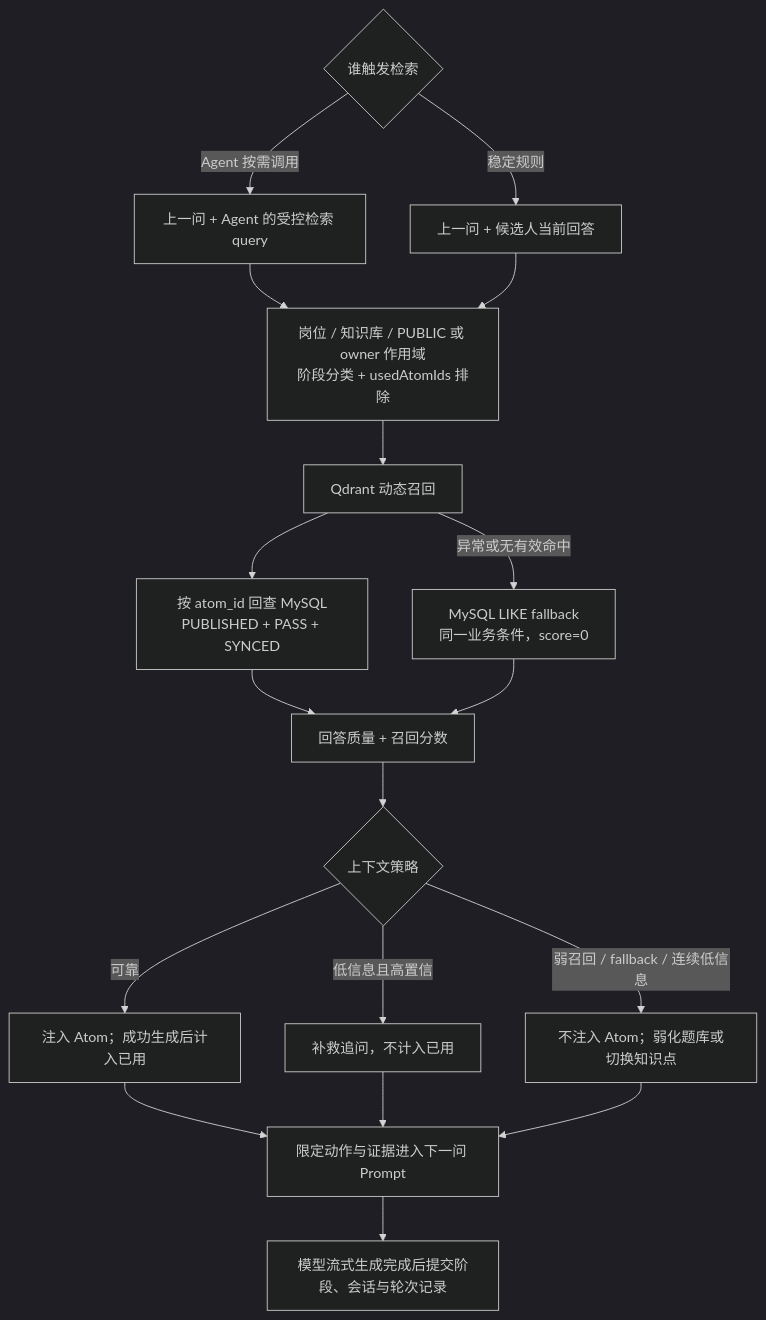
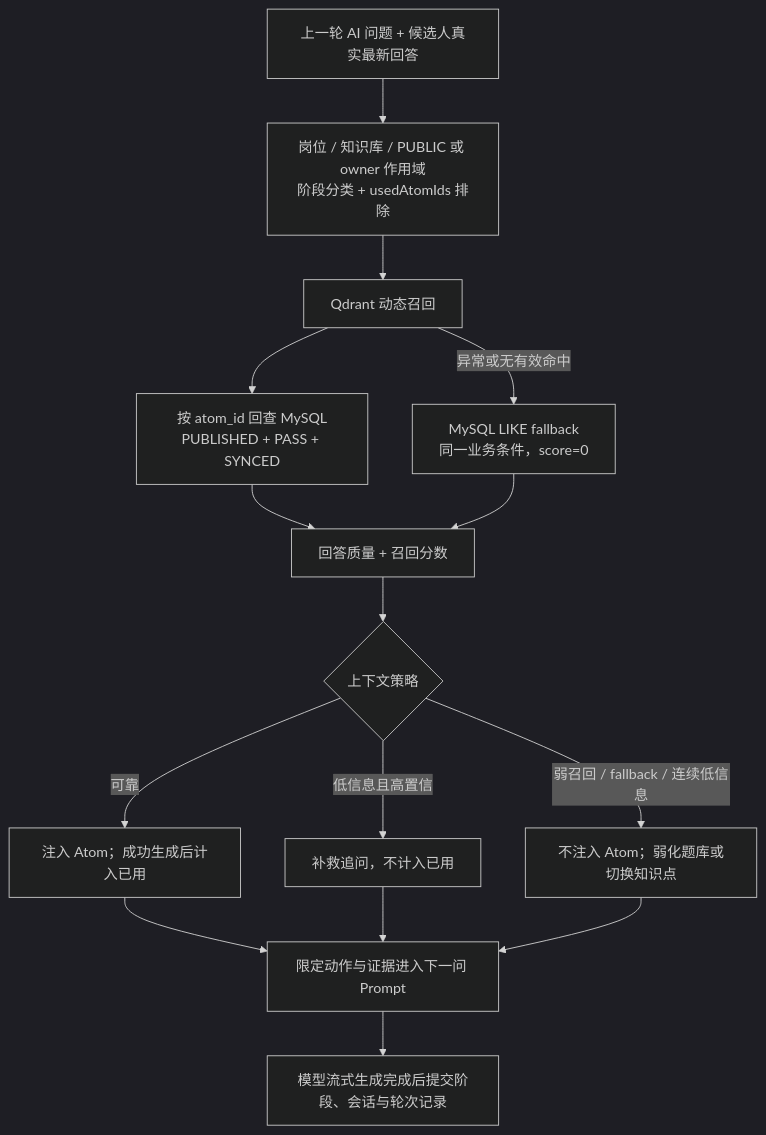
Before and after one commit to nzy0510/AI-Interview: the third of 3 diagrams in README.md, drawn with Mermaid (dark theme). The commit also changed other lines of this file and 50 other files, not shown here.

````diff
--- a/README.md
+++ b/README.md
@@ -212,21 +207,17 @@
 ```mermaid
 flowchart TD
-    Source{"谁触发检索"}
-    Source -->|"Agent 按需调用"| AgentQuery["上一问 + Agent 的受控检索 query"]
-    Source -->|"稳定规则"| RuleQuery["上一问 + 候选人当前回答"]
-    AgentQuery --> Scope["岗位 / 知识库 / PUBLIC 或 owner 作用域<br/>阶段分类 + usedAtomIds 排除"]
-    RuleQuery --> Scope
+    RuleQuery["上一轮 AI 问题 + 候选人真实最新回答"] --> Scope["岗位 / 知识库 / PUBLIC 或 owner 作用域<br/>阶段分类 + usedAtomIds 排除"]
     Scope --> Search["Qdrant 动态召回"]
     Search --> Verify["按 atom_id 回查 MySQL<br/>PUBLISHED + PASS + SYNCED"]
     Search -->|"异常或无有效命中"| Fallback["MySQL LIKE fallback<br/>同一业务条件，score=0"]
     Verify --> Signals["回答质量 + 召回分数"]
     Fallback --> Signals
     Signals --> Decision{"上下文策略"}
     Decision -->|"可靠"| Deepen["注入 Atom；成功生成后计入已用"]
     Decision -->|"低信息且高置信"| Remedy["补救追问，不计入已用"]
     Decision -->|"弱召回 / fallback / 连续低信息"| Switch["不注入 Atom；弱化题库或切换知识点"]
     Deepen --> Prompt["限定动作与证据进入下一问 Prompt"]
     Remedy --> Prompt
     Switch --> Prompt
     Prompt --> Log["模型流式生成完成后提交阶段、会话与轮次记录"]
 ```
````
